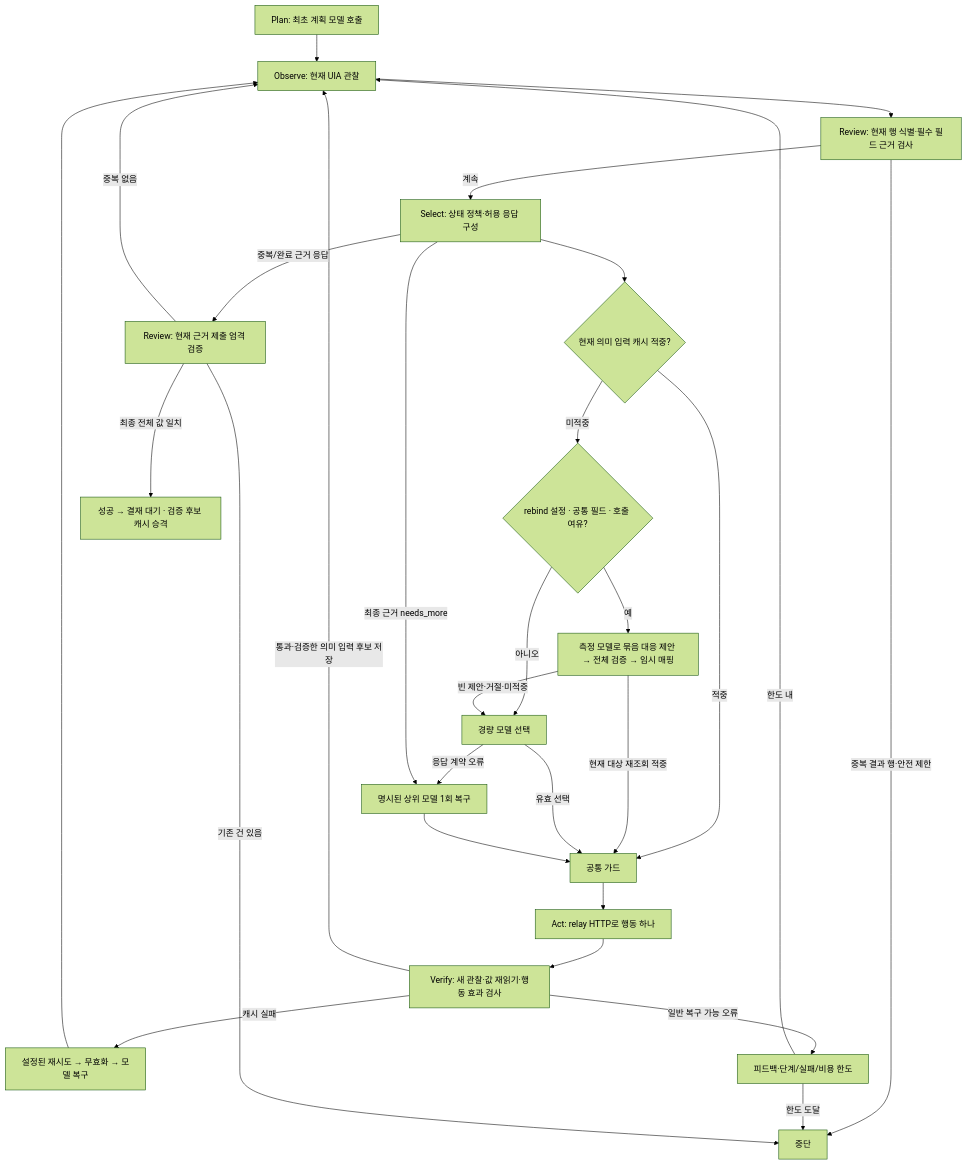
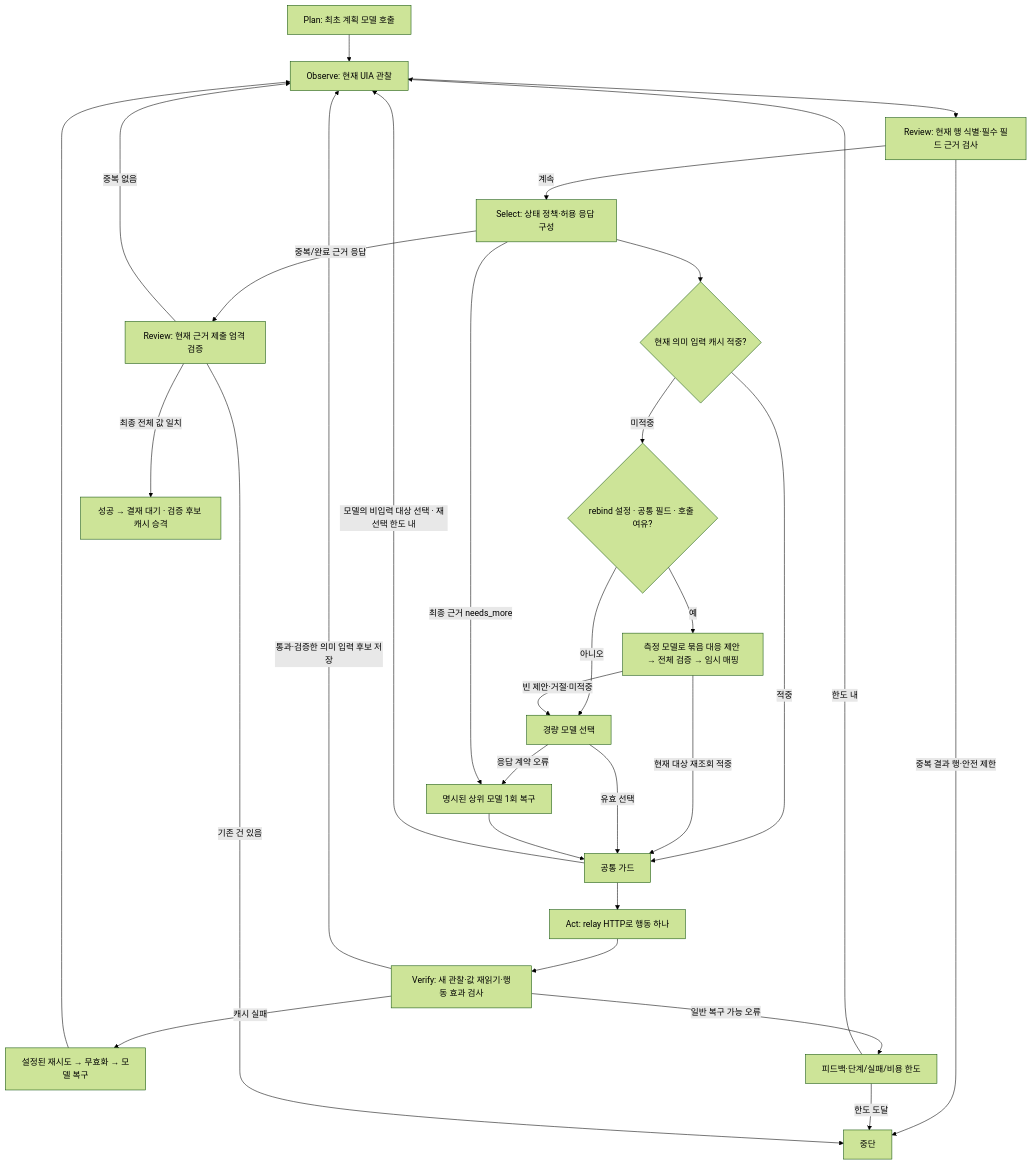
The second of 2 diagrams in docs/code-flow.md (Dreamtreeme/agent-sawon), drawn with Mermaid (forest theme) before and after one commit. The commit also changed other lines of this file and 16 other files, not shown here.

````diff
--- a/docs/code-flow.md
+++ b/docs/code-flow.md
@@ -26,30 +26,31 @@
 ```mermaid
 flowchart TD
     PLAN["Plan: 최초 계획 모델 호출"] --> O["Observe: 현재 UIA 관찰"]
     O --> R["Review: 현재 행 식별·필수 필드 근거 검사"]
     R -->|중복 결과 행·안전 제한| STOP["중단"]
     R -->|계속| POLICY["Select: 상태 정책·허용 응답 구성"]
     POLICY --> CACHE{"현재 의미 입력 캐시 적중?"}
     CACHE -->|적중| G["공통 가드"]
     CACHE -->|미적중| RB{"rebind 설정 · 공통 필드 · 호출 여유?"}
     RB -->|아니오| MODEL["경량 모델 선택"]
     RB -->|예| MAP["측정 모델로 묶음 대응 제안 → 전체 검증 → 임시 매핑"]
     MAP -->|현재 대상 재조회 적중| G
     MAP -->|빈 제안·거절·미적중| MODEL
     MODEL -->|유효 선택| G
     MODEL -->|응답 계약 오류| HIGH["명시된 상위 모델 1회 복구"]
     POLICY -->|최종 근거 needs_more| HIGH
     HIGH --> G
+    G -->|모델의 비입력 대상 선택 · 재선택 한도 내| O
     G --> ACT["Act: relay HTTP로 행동 하나"]
     ACT --> VERIFY["Verify: 새 관찰·값 재읽기·행동 효과 검사"]
     VERIFY -->|통과·검증한 의미 입력 후보 저장| O
     VERIFY -->|캐시 실패| RETRY["설정된 재시도 → 무효화 → 모델 복구"]
     RETRY --> O
     VERIFY -->|일반 복구 가능 오류| BOUND["피드백·단계/실패/비용 한도"]
     BOUND -->|한도 내| O
     BOUND -->|한도 도달| STOP
     POLICY -->|중복/완료 근거 응답| PROOF["Review: 현재 근거 제출 엄격 검증"]
     PROOF -->|중복 없음| O
     PROOF -->|기존 건 있음| STOP
     PROOF -->|최종 전체 값 일치| DONE["성공 → 결재 대기 · 검증 후보 캐시 승격"]
 ```
````
